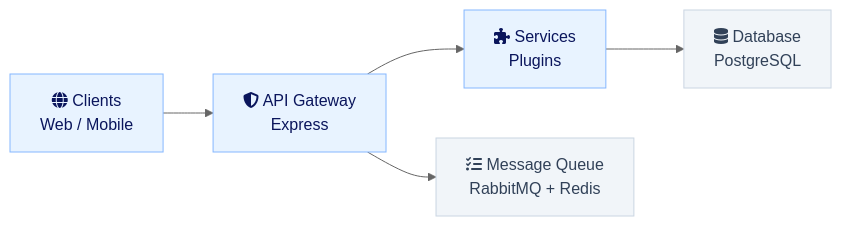
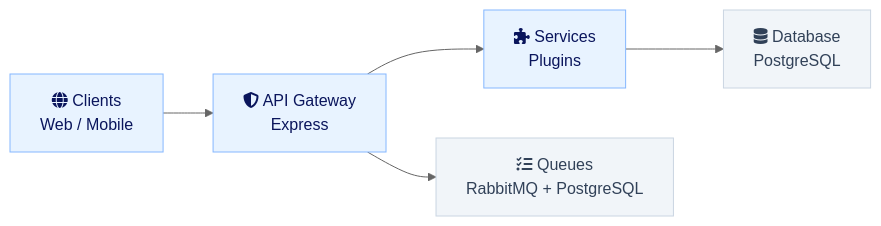
One commit to hay-chat/hay-docs changed the first of 2 diagrams in technical/architecture.md. Above: the diagram before and after it, drawn with Mermaid (neutral theme). The commit also changed other lines of this file and 13 other files, not shown here.

````diff
--- a/technical/architecture.md
+++ b/technical/architecture.md
@@ -16,17 +16,17 @@
 ```mermaid
 graph LR
   Clients["fa:fa-globe Clients<br/>Web / Mobile"]
   Gateway["fa:fa-shield-halved API Gateway<br/>Express"]
   Services["fa:fa-puzzle-piece Services<br/>Plugins"]
-  Queue["fa:fa-list-check Message Queue<br/>RabbitMQ + Redis"]
+  Queue["fa:fa-list-check Queues<br/>RabbitMQ + PostgreSQL"]
   DB["fa:fa-database Database<br/>PostgreSQL"]
 
   Clients --> Gateway --> Services
   Gateway --> Queue
   Services --> DB
 
   classDef primary fill:#e8f3ff,stroke:#85b7ff,color:#0a155c
   classDef muted fill:#f1f5f9,stroke:#cad5e2,color:#314158
   class Clients,Gateway,Services primary
   class Queue,DB muted
 ```
````
